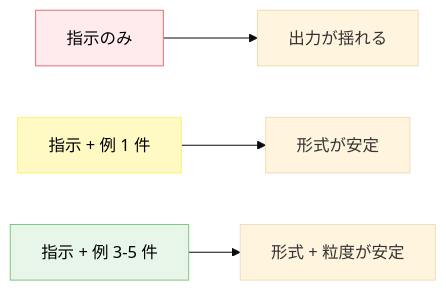
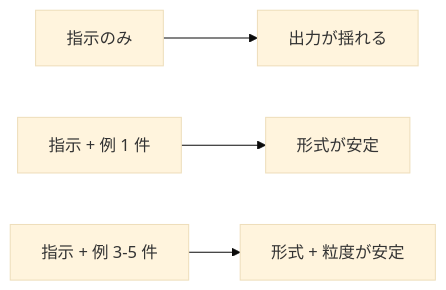
The diagram in docs/techniques/few-shot-examples-の効果的な設計.md (dinekt/dinekt-wiki), drawn with Mermaid (base theme) before and after one commit. The commit also changed other lines of this file and 70 other files, not shown here.

First line of the commit message:
fix(mermaid): strip all inline styling, rely on theme

````diff
--- a/docs/techniques/few-shot-examples-の効果的な設計.md
+++ b/docs/techniques/few-shot-examples-の効果的な設計.md
@@ -25,10 +25,7 @@
 ```mermaid
 flowchart LR
     I1[指示のみ] --> O1[出力が揺れる]
     I2[指示 + 例 1 件] --> O2[形式が安定]
     I3[指示 + 例 3-5 件] --> O3[形式 + 粒度が安定]
 
-    style I1 fill:#ffebee,stroke:#e57373,color:#000
-    style I2 fill:#fff9c4,stroke:#fff176,color:#000
-    style I3 fill:#e8f5e9,stroke:#81c784,color:#000
 ```
````
